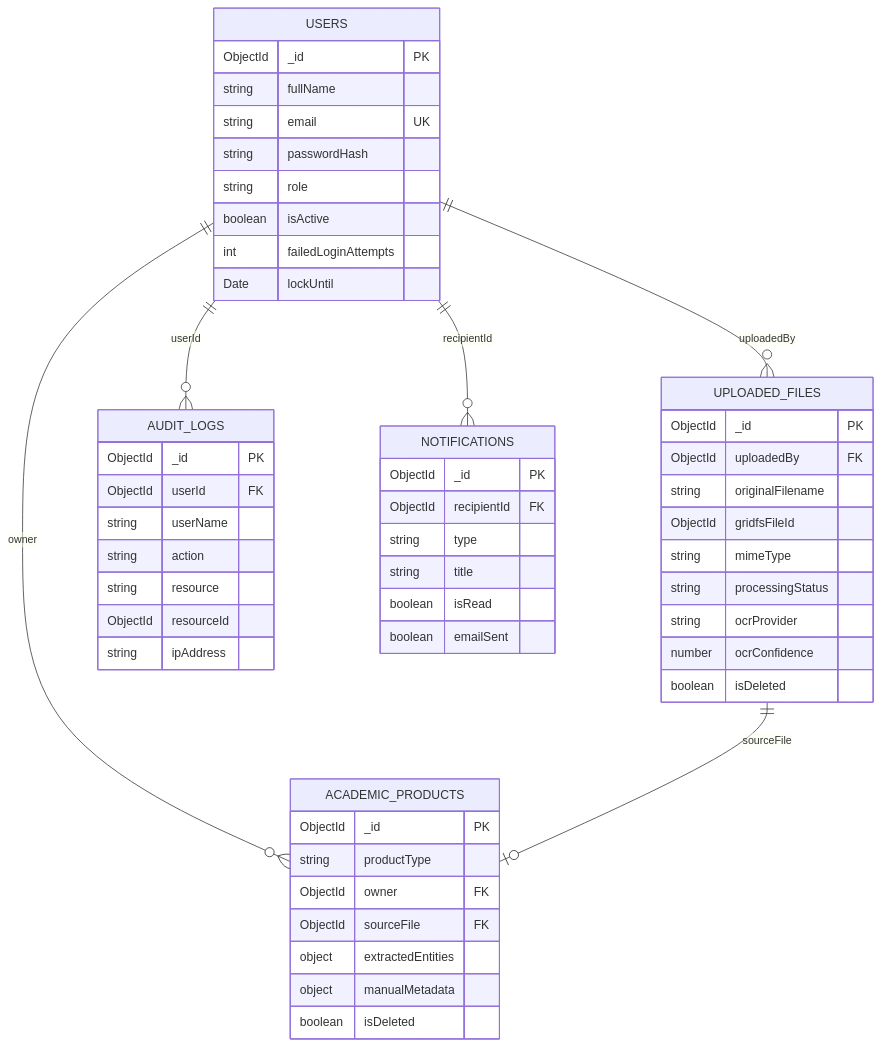
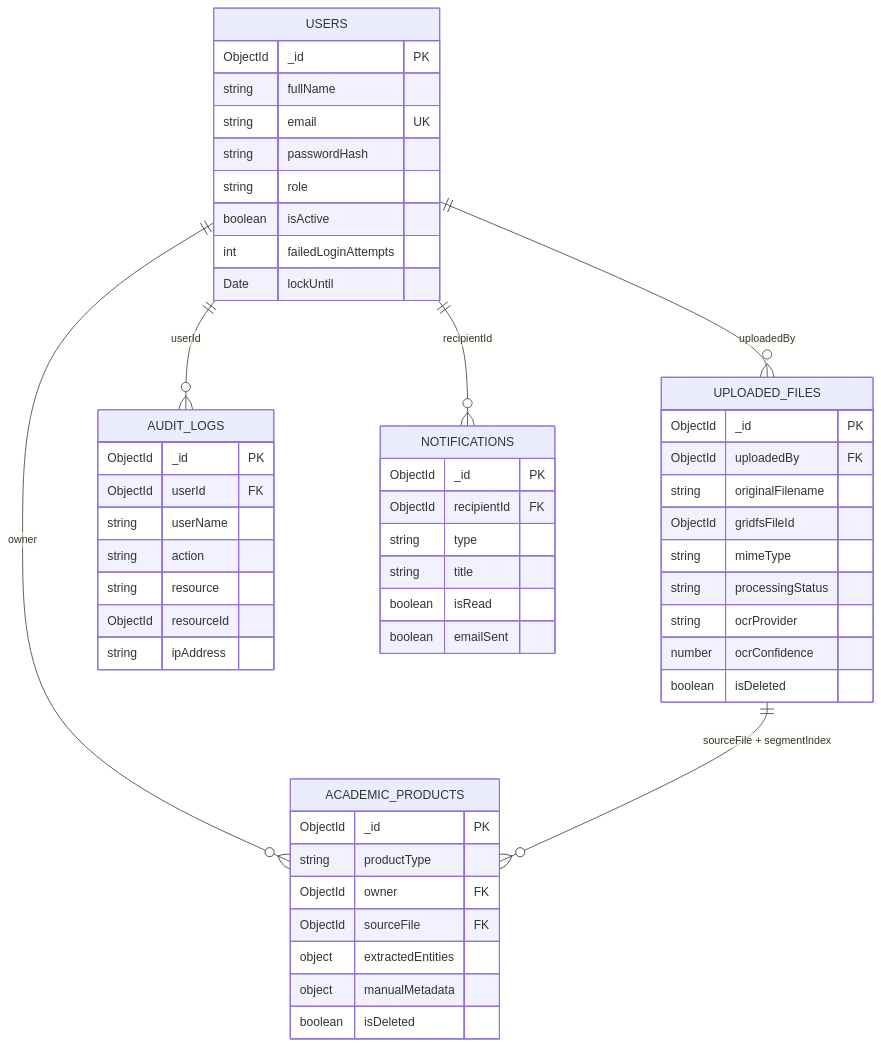
One commit to KarloZ7715/SIPAc changed the diagram in docs/analisis-diseno/documentacion/04-modelo-datos.md. Above: the diagram before and after it, drawn with Mermaid. The commit also changed other lines of this file and 7 other files, not shown here.

````diff
--- a/docs/analisis-diseno/documentacion/04-modelo-datos.md
+++ b/docs/analisis-diseno/documentacion/04-modelo-datos.md
@@ -1041,60 +1075,60 @@
 ```mermaid
 erDiagram
     USERS {
         ObjectId _id PK
         string fullName
         string email UK
         string passwordHash
         string role
         boolean isActive
         int failedLoginAttempts
         Date lockUntil
     }
 
     UPLOADED_FILES {
         ObjectId _id PK
         ObjectId uploadedBy FK
         string originalFilename
         ObjectId gridfsFileId
         string mimeType
         string processingStatus
         string ocrProvider
         number ocrConfidence
         boolean isDeleted
     }
 
     ACADEMIC_PRODUCTS {
         ObjectId _id PK
         string productType
         ObjectId owner FK
         ObjectId sourceFile FK
         object extractedEntities
         object manualMetadata
         boolean isDeleted
     }
 
     AUDIT_LOGS {
         ObjectId _id PK
         ObjectId userId FK
         string userName
         string action
         string resource
         ObjectId resourceId
         string ipAddress
     }
 
     NOTIFICATIONS {
         ObjectId _id PK
         ObjectId recipientId FK
         string type
         string title
         boolean isRead
         boolean emailSent
     }
 
     USERS ||--o{ UPLOADED_FILES : "uploadedBy"
     USERS ||--o{ ACADEMIC_PRODUCTS : "owner"
     USERS ||--o{ AUDIT_LOGS : "userId"
     USERS ||--o{ NOTIFICATIONS : "recipientId"
-    UPLOADED_FILES ||--o| ACADEMIC_PRODUCTS : "sourceFile"
+    UPLOADED_FILES ||--o{ ACADEMIC_PRODUCTS : "sourceFile + segmentIndex"
 ```
````
